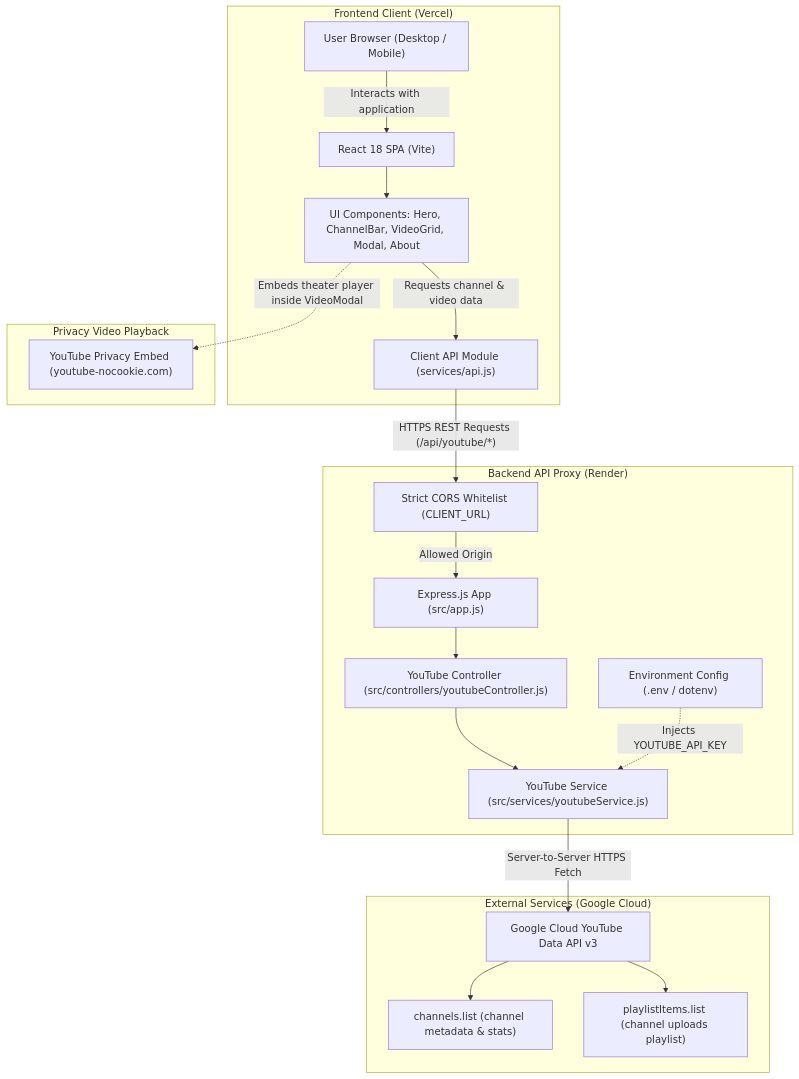
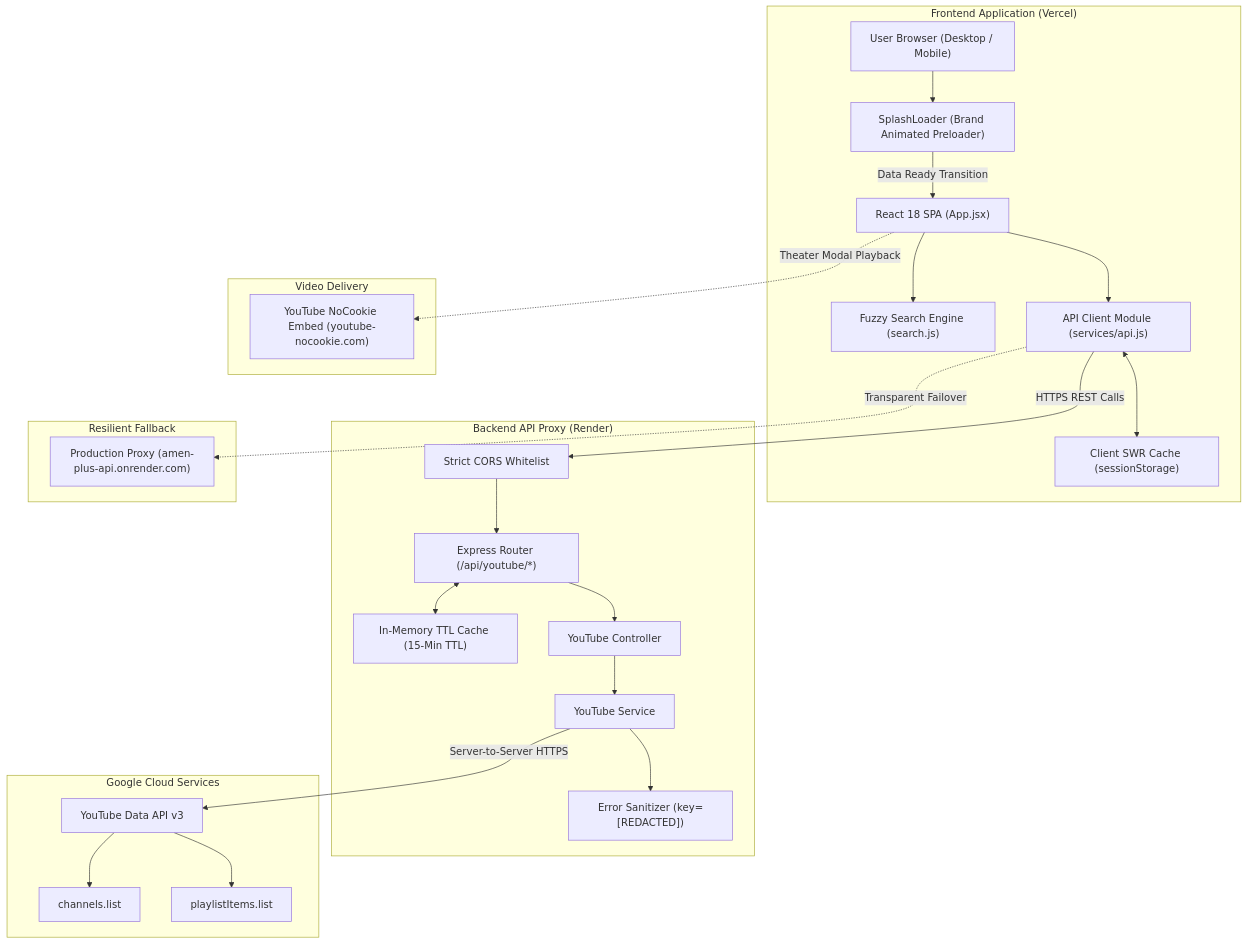
One commit to petersisay/AMEN- changed the diagram in README.md. Above: the diagram before and after it, drawn with Mermaid. The commit also changed other lines of this file, not shown here.

Commit message:
docs: overhaul README with architecture, search engine, performance, and documentation links

````diff
--- a/README.md
+++ b/README.md
@@ -89,42 +150,53 @@
 ```mermaid
 flowchart TD
-    subgraph ClientLayer["Frontend Client (Vercel)"]
-        User["User Browser (Desktop / Mobile)"]
-        ReactApp["React 18 SPA (Vite)"]
-        UIComponents["UI Components: Hero, ChannelBar, VideoGrid, Modal, About"]
-        ApiModule["Client API Module (services/api.js)"]
+    subgraph ClientLayer["Frontend Application (Vercel)"]
+        Browser["User Browser (Desktop / Mobile)"]
+        Splash["SplashLoader (Brand Animated Preloader)"]
+        ReactApp["React 18 SPA (App.jsx)"]
+        Search["Fuzzy Search Engine (search.js)"]
+        SWRCache["Client SWR Cache (sessionStorage)"]
+        ApiClient["API Client Module (services/api.js)"]
         
-        User -->|"Interacts with application"| ReactApp
-        ReactApp --> UIComponents
-        UIComponents -->|"Requests channel & video data"| ApiModule
+        Browser --> Splash
+        Splash -->|"Data Ready Transition"| ReactApp
+        ReactApp --> Search
+        ReactApp --> ApiClient
+        ApiClient <--> SWRCache
     end
 
     subgraph ServerLayer["Backend API Proxy (Render)"]
-        CorsGuard["Strict CORS Whitelist (CLIENT_URL)"]
-        ExpressApp["Express.js App (src/app.js)"]
-        Controller["YouTube Controller (src/controllers/youtubeController.js)"]
-        Service["YouTube Service (src/services/youtubeService.js)"]
-        EnvConfig["Environment Config (.env / dotenv)"]
+        CORS["Strict CORS Whitelist"]
+        Router["Express Router (/api/youtube/*)"]
+        MemCache["In-Memory TTL Cache (15-Min TTL)"]
+        Controller["YouTube Controller"]
+        Service["YouTube Service"]
+        Sanitizer["Error Sanitizer (key=[REDACTED])"]
         
-        ApiModule -->|"HTTPS REST Requests (/api/youtube/*)"| CorsGuard
-        CorsGuard -->|"Allowed Origin"| ExpressApp
-        ExpressApp --> Controller
+        ApiClient -->|"HTTPS REST Calls"| CORS
+        CORS --> Router
+        Router <--> MemCache
+        Router --> Controller
         Controller --> Service
-        EnvConfig -.->|"Injects YOUTUBE_API_KEY"| Service
+        Service --> Sanitizer
     end
 
-    subgraph ExternalLayer["External Services (Google Cloud)"]
-        YouTubeApi["Google Cloud YouTube Data API v3"]
-        ChannelsEndpoint["channels.list (channel metadata & stats)"]
-        PlaylistEndpoint["playlistItems.list (channel uploads playlist)"]
-        
-        Service -->|"Server-to-Server HTTPS Fetch"| YouTubeApi
-        YouTubeApi --> ChannelsEndpoint
-        YouTubeApi --> PlaylistEndpoint
+    subgraph FallbackLayer["Resilient Fallback"]
+        ProdAPI["Production Proxy (amen-plus-api.onrender.com)"]
+        ApiClient -.->|"Transparent Failover"| ProdAPI
     end
 
-    subgraph DirectStream["Privacy Video Playback"]
-        YouTubeNoCookie["YouTube Privacy Embed (youtube-nocookie.com)"]
-        UIComponents -.->|"Embeds theater player inside VideoModal"| YouTubeNoCookie
+    subgraph GoogleCloud["Google Cloud Services"]
+        YTAPI["YouTube Data API v3"]
+        YTChannels["channels.list"]
+        YTPlaylists["playlistItems.list"]
+        
+        Service -->|"Server-to-Server HTTPS"| YTAPI
+        YTAPI --> YTChannels
+        YTAPI --> YTPlaylists
+    end
+
+    subgraph StreamLayer["Video Delivery"]
+        NoCookie["YouTube NoCookie Embed (youtube-nocookie.com)"]
+        ReactApp -.->|"Theater Modal Playback"| NoCookie
     end
 ```
````
